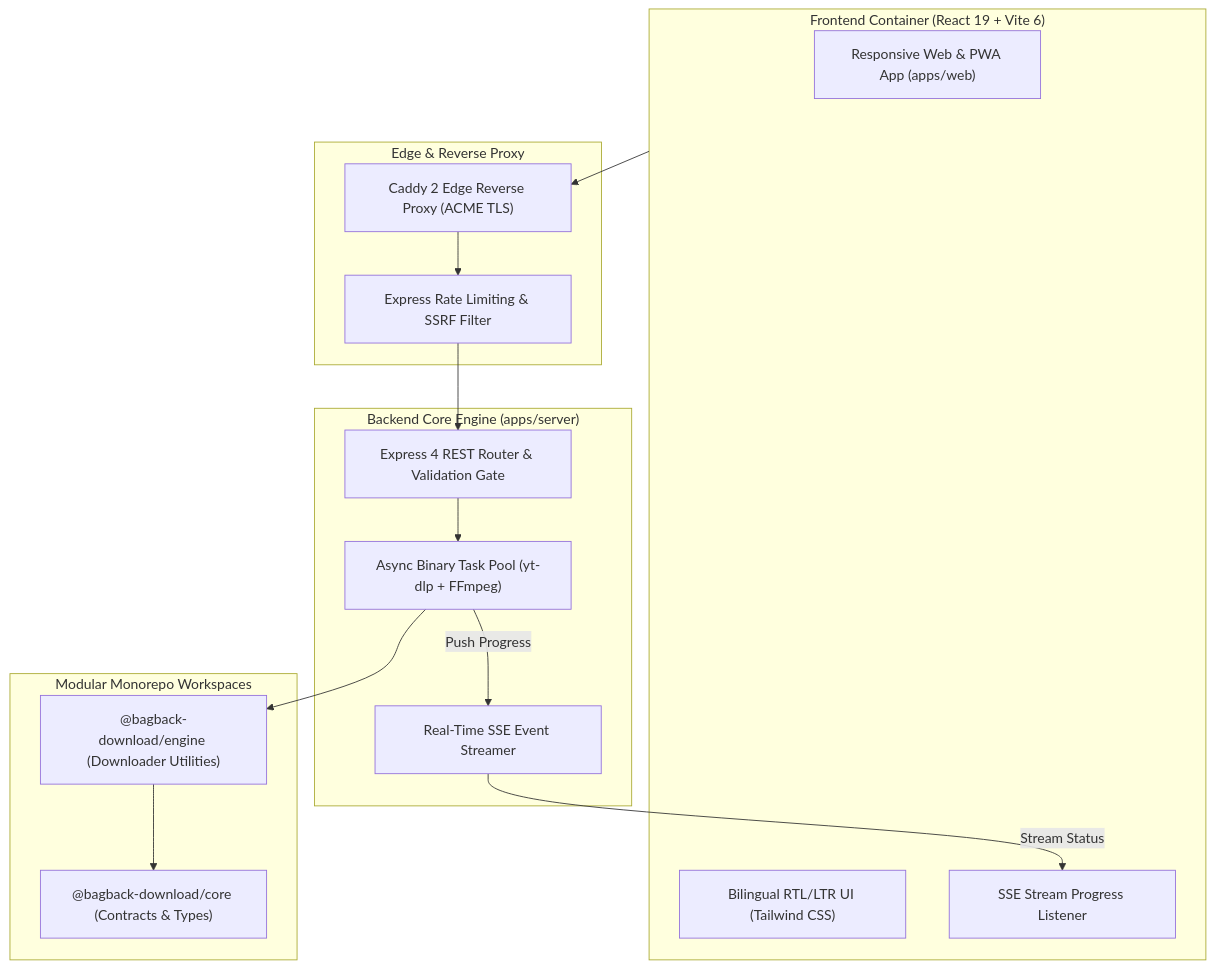
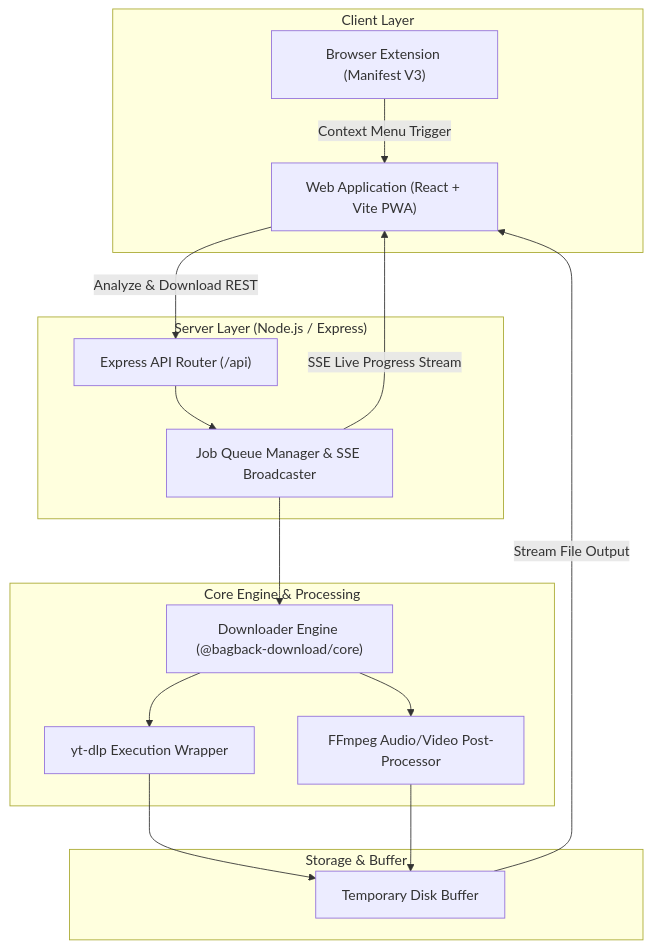
One commit to mohamedosamaai/bagback-download changed the diagram in README.md. Above: the diagram before and after it, drawn with Mermaid. The commit also changed other lines of this file and 59 other files, not shown here.

First line of the commit message:
fix: comprehensive ecosystem overhaul — engine reliability, MIT license, monorepo types, and workflow fixes

````diff
--- a/README.md
+++ b/README.md
@@ -54,33 +38,33 @@
 ```mermaid
 graph TB
-    subgraph Client ["Frontend Container (React 19 + Vite 6)"]
-        PWA["Responsive Web & PWA App (apps/web)"]
-        UI["Bilingual RTL/LTR UI (Tailwind CSS)"]
-        SSEClient["SSE Stream Progress Listener"]
+    subgraph Client ["Client Layer"]
+        Web["Web Application (React + Vite PWA)"]
+        Ext["Browser Extension (Manifest V3)"]
     end
 
-    subgraph Edge ["Edge & Reverse Proxy"]
-        Caddy["Caddy 2 Edge Reverse Proxy (ACME TLS)"]
-        RateLimit["Express Rate Limiting & SSRF Filter"]
+    subgraph API ["Server Layer (Node.js / Express)"]
+        Router["Express API Router (/api)"]
+        Queue["Job Queue Manager & SSE Broadcaster"]
     end
 
-    subgraph Server ["Backend Core Engine (apps/server)"]
-        Router["Express 4 REST Router & Validation Gate"]
-        Worker["Async Binary Task Pool (yt-dlp + FFmpeg)"]
-        SSEServer["Real-Time SSE Event Streamer"]
+    subgraph Core ["Core Engine & Processing"]
+        Engine["Downloader Engine (@bagback-download/core)"]
+        YtDlp["yt-dlp Execution Wrapper"]
+        FFmpeg["FFmpeg Audio/Video Post-Processor"]
     end
 
-    subgraph Packages ["Modular Monorepo Workspaces"]
-        Core["@bagback-download/core (Contracts & Types)"]
-        Engine["@bagback-download/engine (Downloader Utilities)"]
+    subgraph Storage ["Storage & Buffer"]
+        Disk["Temporary Disk Buffer"]
     end
 
-    Client --> Caddy
-    Caddy --> RateLimit
-    RateLimit --> Router
-    Router --> Worker
-    Worker --> Engine
-    Engine --> Core
-    Worker -->|Push Progress| SSEServer
-    SSEServer -->|Stream Status| SSEClient
+    Web -->|Analyze & Download REST| Router
+    Ext -->|Context Menu Trigger| Web
+    Router --> Queue
+    Queue --> Engine
+    Engine --> YtDlp
+    Engine --> FFmpeg
+    YtDlp --> Disk
+    FFmpeg --> Disk
+    Disk -->|Stream File Output| Web
+    Queue -->|SSE Live Progress Stream| Web
 ```
````
